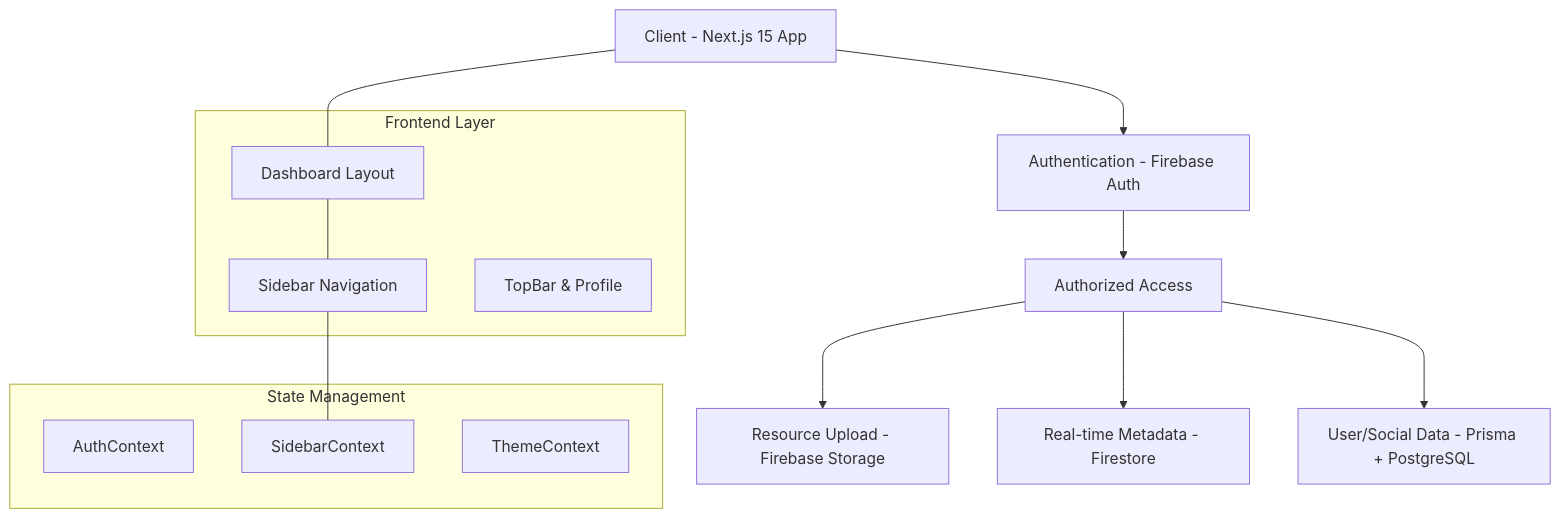
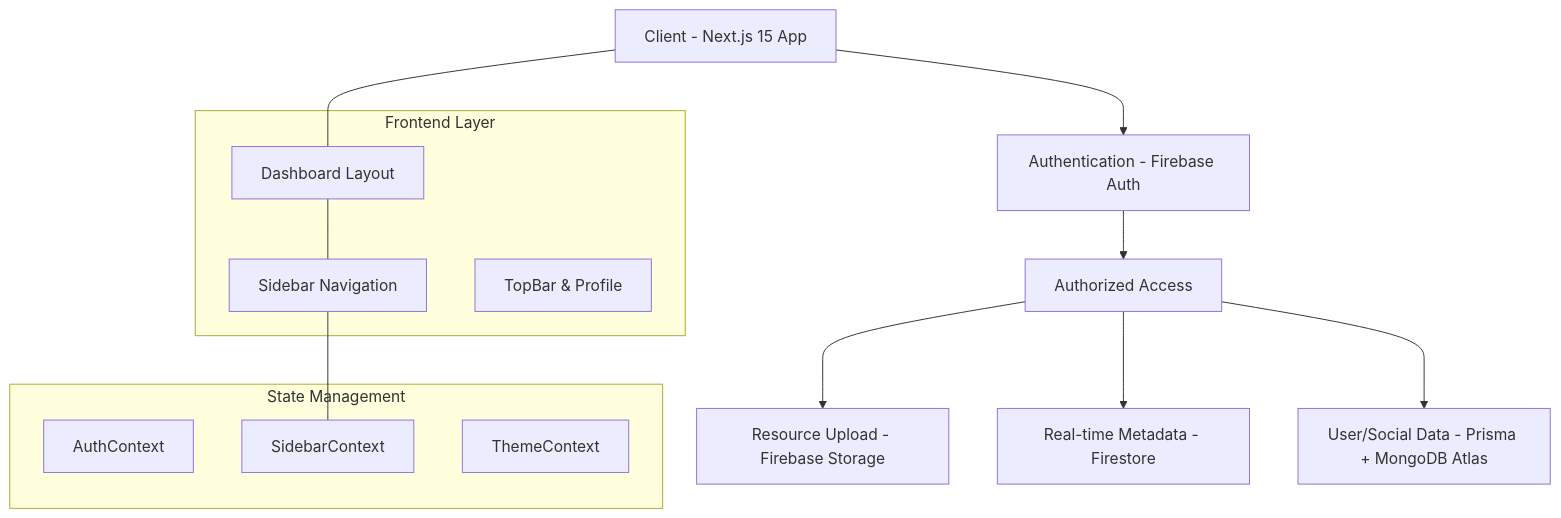
The first of 2 diagrams in README.md (IKnowU27735300/StudyHuby), drawn with Mermaid before and after one commit. The commit also changed other lines of this file, not shown here.

````diff
--- a/README.md
+++ b/README.md
@@ -36,24 +38,24 @@
 ```mermaid
 graph TD
     A[Client - Next.js 15 App] --> B[Authentication - Firebase Auth]
     B --> C[Authorized Access]
     C --> D[Resource Upload - Firebase Storage]
     C --> E[Real-time Metadata - Firestore]
-    C --> F[User/Social Data - Prisma + PostgreSQL]
+    C --> F[User/Social Data - Prisma + MongoDB Atlas]
     
     subgraph "Frontend Layer"
         G[Dashboard Layout]
         H[Sidebar Navigation]
         I[TopBar & Profile]
     end
     
     subgraph "State Management"
         J[AuthContext]
         K[SidebarContext]
         L[ThemeContext]
     end
     
     A --- G
     G --- H
     H --- K
 ```
````
